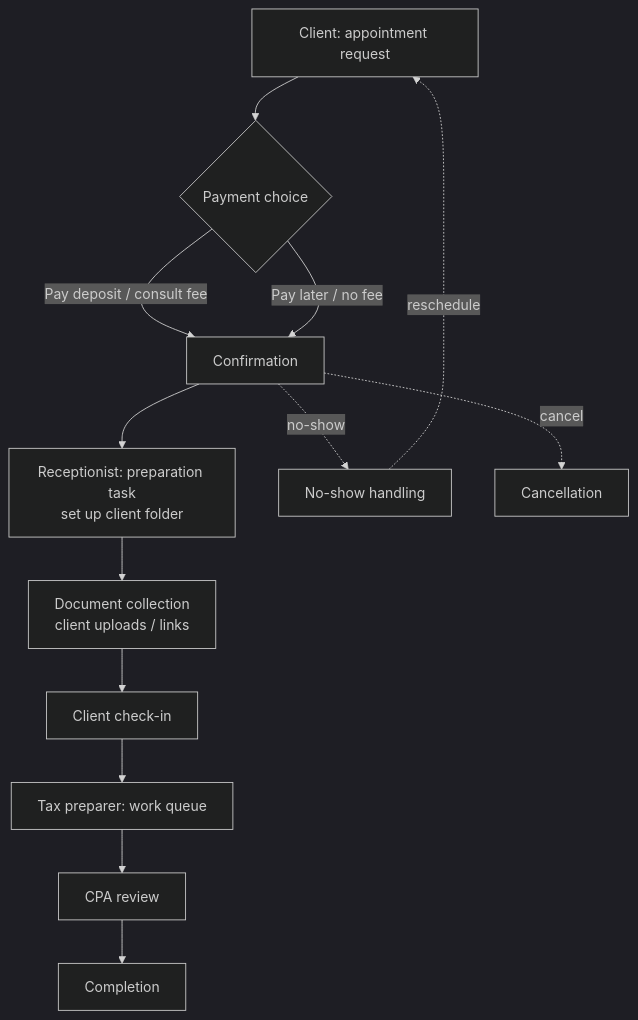
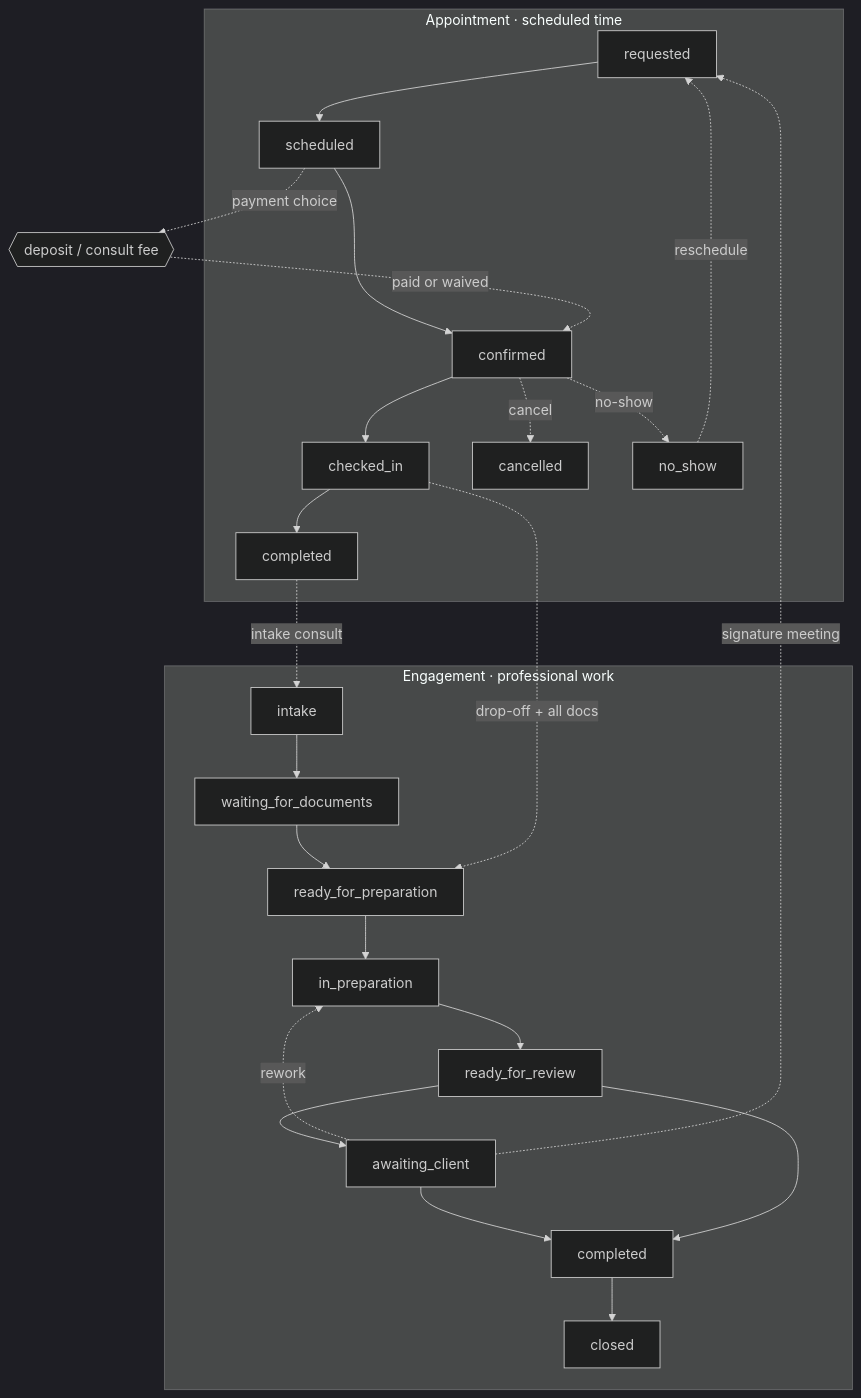
One commit to uri1414/Webskill changed the diagram in .claude/skills/client-platform/docs/Architecture.md. Above: the diagram before and after it, drawn with Mermaid (dark theme). The commit also changed other lines of this file and 4 other files, not shown here.

First line of the commit message:
docs: split appointment/engagement state machines, add org scoping, harden intake

````diff
--- a/.claude/skills/client-platform/docs/Architecture.md
+++ b/.claude/skills/client-platform/docs/Architecture.md
@@ -54,15 +55,19 @@
 ```mermaid
 flowchart TD
-  A[Client: appointment request] --> B{Payment choice}
-  B -->|Pay deposit / consult fee| C[Confirmation]
-  B -->|Pay later / no fee| C
-  C --> D[Receptionist: preparation task<br/>set up client folder]
-  D --> E[Document collection<br/>client uploads / links]
-  E --> F[Client check-in]
-  F --> G[Tax preparer: work queue]
-  G --> H[CPA review]
-  H --> I[Completion]
-  C -.no-show.-> X[No-show handling]
-  C -.cancel.-> Y[Cancellation]
-  X -.reschedule.-> A
+  subgraph APPT[Appointment · scheduled time]
+    A[requested] --> B[scheduled] --> C[confirmed] --> D[checked_in] --> E[completed]
+    C -.cancel.-> X[cancelled]
+    C -.no-show.-> Y[no_show]
+    Y -.reschedule.-> A
+  end
+  subgraph ENG[Engagement · professional work]
+    I[intake] --> W[waiting_for_documents] --> R[ready_for_preparation] --> P[in_preparation] --> V[ready_for_review] --> AC[awaiting_client] --> DONE[completed] --> CL[closed]
+    AC -.rework.-> P
+    V --> DONE
+  end
+  B -. payment choice .-> PAY{{deposit / consult fee}}
+  PAY -. paid or waived .-> C
+  D -. drop-off + all docs .-> R
+  E -. intake consult .-> I
+  AC -. signature meeting .-> A
 ```
````
